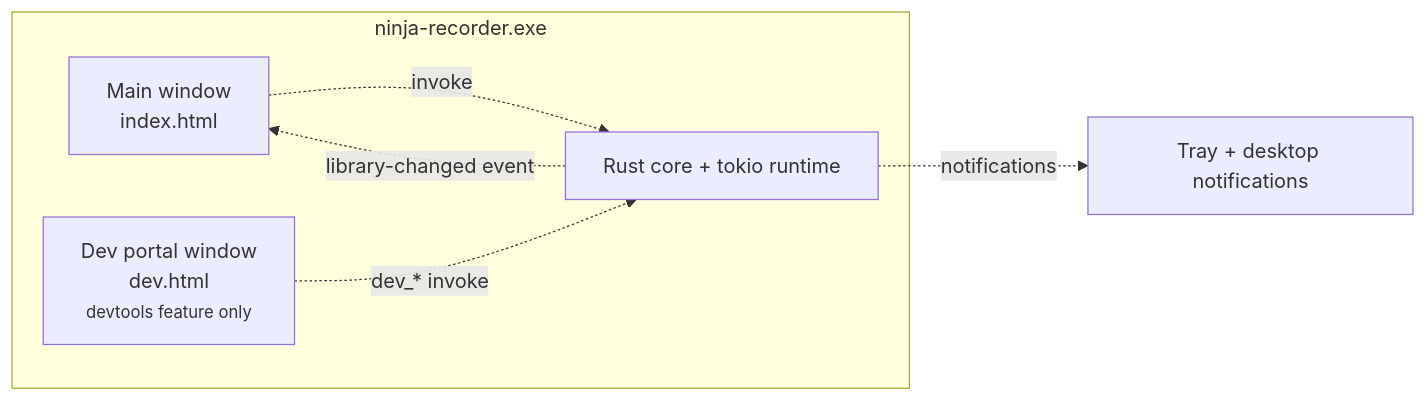
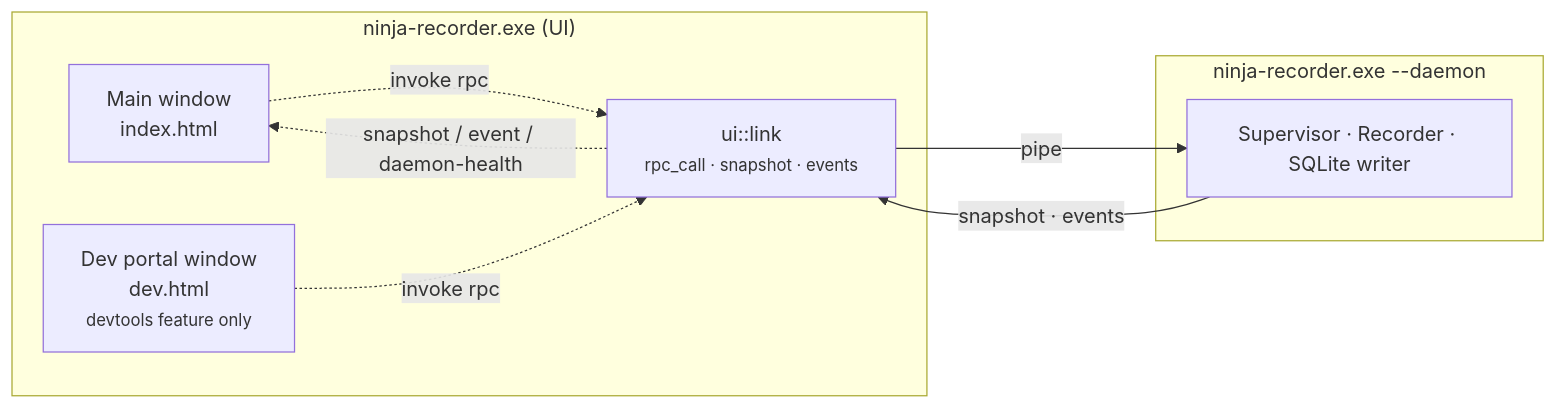
Before and after one commit to NinjaGoldfinch/ninja-recorder: the fourth of 5 diagrams in docs/architecture.md, drawn with Mermaid. The commit also changed other lines of this file and 13 other files, not shown here.

````diff
--- a/docs/architecture.md
+++ b/docs/architecture.md
@@ -173,12 +174,16 @@
 ```mermaid
 flowchart LR
-    subgraph P["ninja-recorder.exe"]
+    subgraph U["ninja-recorder.exe (UI)"]
         W1["Main window<br/>index.html"]
         W2["Dev portal window<br/>dev.html<br/><small>devtools feature only</small>"]
-        RT["Rust core + tokio runtime"]
+        LINK["ui::link<br/><small>rpc_call · snapshot · events</small>"]
     end
-    W1 -. invoke .-> RT
-    W2 -. dev_* invoke .-> RT
-    RT -. library-changed event .-> W1
-    RT -. notifications .-> OS["Tray + desktop notifications"]
+    subgraph D["ninja-recorder.exe --daemon"]
+        SUP["Supervisor · Recorder · SQLite writer"]
+    end
+    W1 -. invoke rpc .-> LINK
+    W2 -. invoke rpc .-> LINK
+    LINK -- "pipe" --> SUP
+    SUP -- "snapshot · events" --> LINK
+    LINK -. snapshot / event / daemon-health .-> W1
 ```
````
